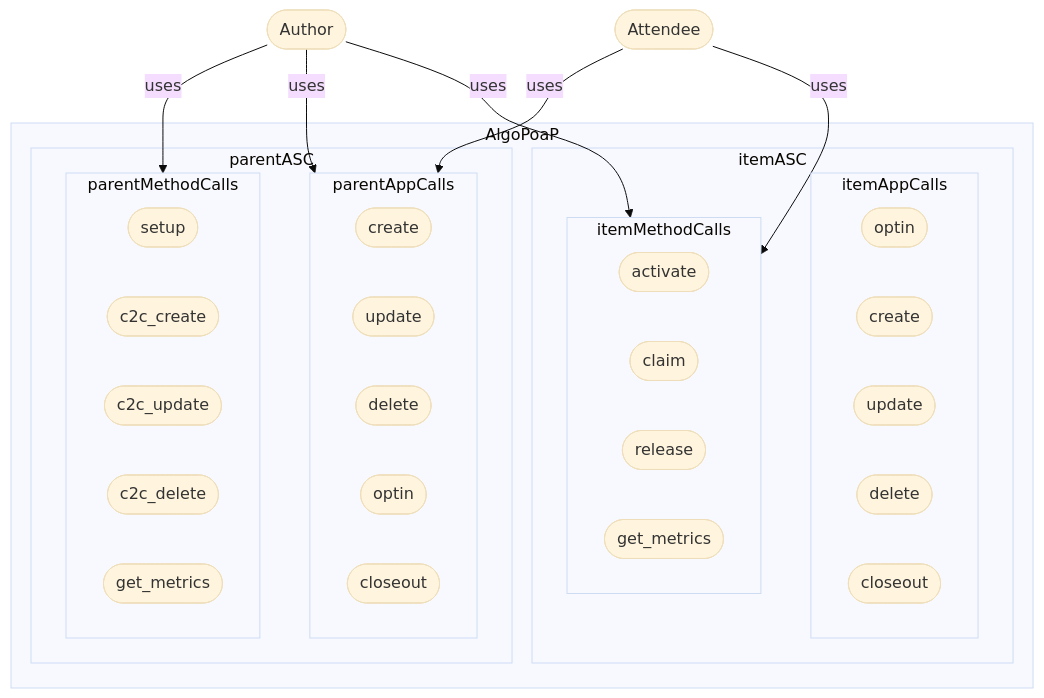
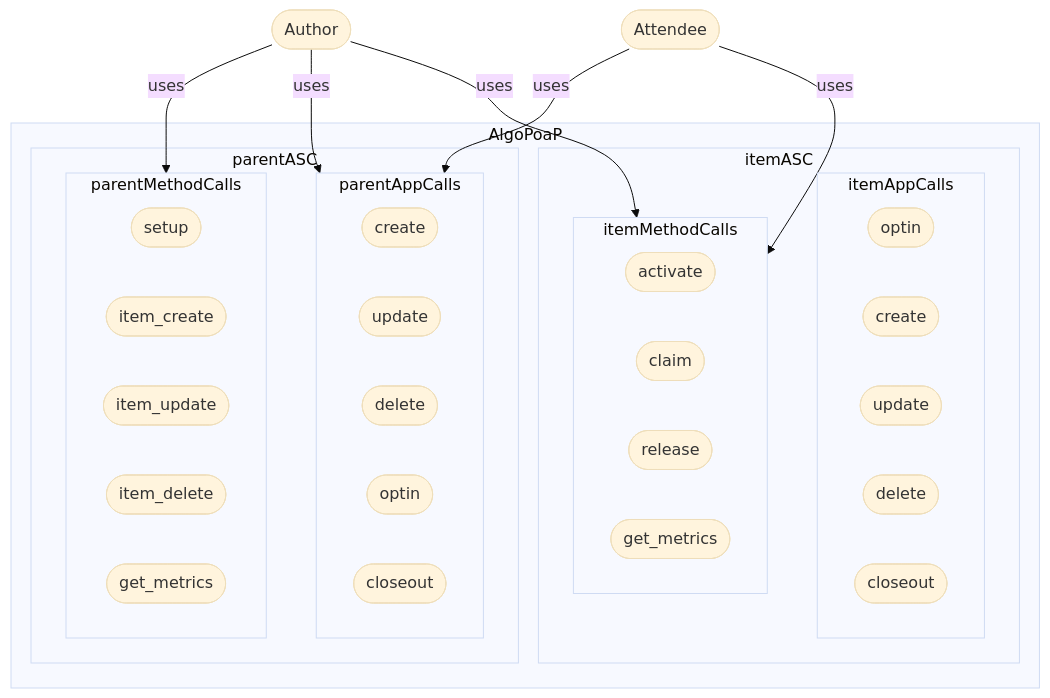
Before and after one commit to GoPlausible/.github: the sixth of 10 diagrams in profile/README.md, drawn with Mermaid (base theme). The commit also changed other lines of this file, not shown here.

````diff
--- a/profile/README.md
+++ b/profile/README.md
@@ -233,57 +235,57 @@
 ```mermaid
   flowchart TB
 
     id1([Author]) --uses--> parentMethodCalls
     id1([Author]) --uses--> parentAppCalls
     id1([Author]) --uses--> itemMethodCalls
     
 
     id2([Attendee]) --uses--> parentAppCalls 
     id2([Attendee]) --uses--> itemMethodCalls 
   
 
     subgraph AlgoPoaP
       
       subgraph parentASC
         subgraph parentAppCalls
         id3([create]) 
         id4([update]) 
         id5([delete]) 
         id6([optin]) 
         id7([closeout]) 
         end
         subgraph parentMethodCalls
         id61([setup]) 
-        id8([c2c_create]) 
-        id9([c2c_update]) 
-        id10([c2c_delete]) 
+        id8([item_create]) 
+        id9([item_update]) 
+        id10([item_delete]) 
         id11([get_metric]) 
         id11([get_metrics]) 
         end
       end
       subgraph itemASC
         
         
         subgraph itemAppCalls
         id12([optin])
         id13([create]) 
         id14([update]) 
         id15([delete]) 
         id17([closeout]) 
         end
         subgraph itemMethodCalls
         id18([setup]) 
         id18([activate]) 
         id19([claim]) 
         id20([release]) 
         id21([get_metric]) 
         id21([get_metrics]) 
         end
       end
       
     end 
    
     
     
 
 ```
````
